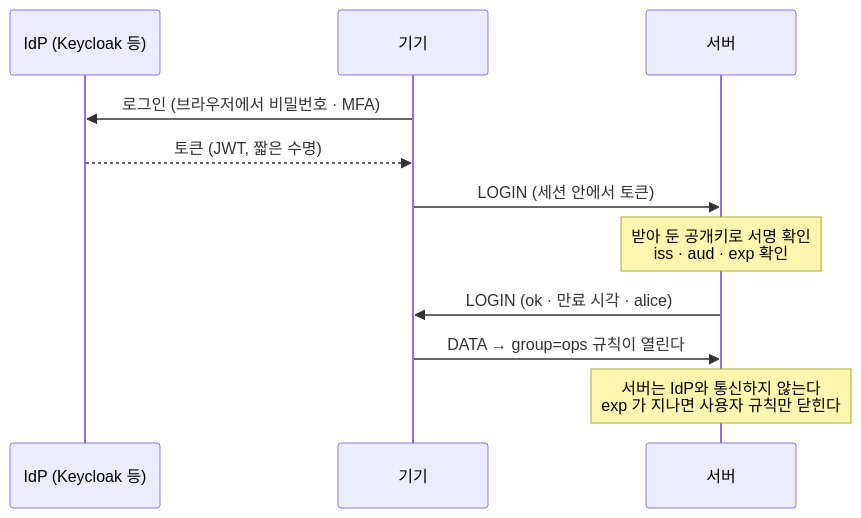
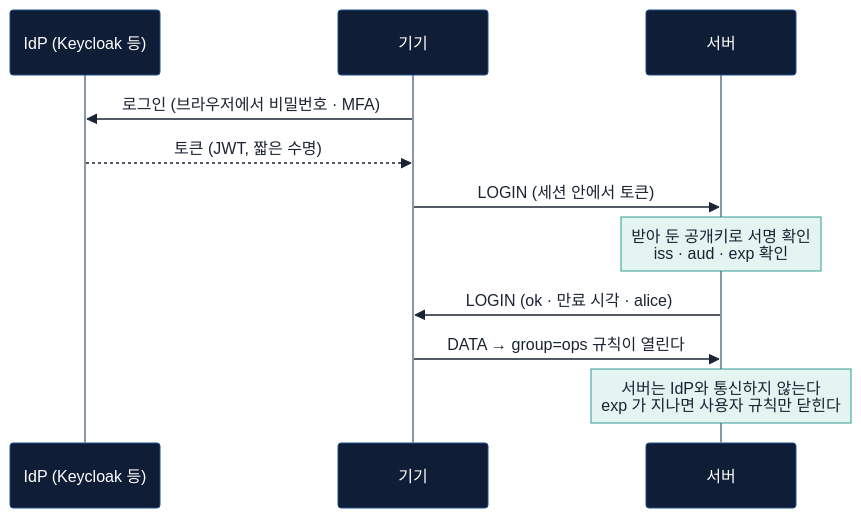
One commit to k1msatgat/ztgate changed the fifth of 6 diagrams in README.md. Above: the diagram before and after it, drawn with Mermaid. The commit also changed other lines of this file and 7 other files, not shown here.

First line of the commit message:
README: 네이비 배너, 구조도 SVG, 화면 절, 같은 색의 배지와 그림

````diff
--- a/README.md
+++ b/README.md
@@ -576,13 +566,14 @@
 ```mermaid
+%%{init: {'theme':'base','themeVariables':{'primaryColor':'#E6EEF8','primaryTextColor':'#1A2333','primaryBorderColor':'#1E4E8C','lineColor':'#5B6678','secondaryColor':'#E3F4F1','tertiaryColor':'#F5F7FA','actorBkg':'#0F1E36','actorTextColor':'#FFFFFF','actorBorder':'#1E4E8C','actorLineColor':'#8A95A8','signalColor':'#1A2333','signalTextColor':'#1A2333','noteBkgColor':'#E3F4F1','noteTextColor':'#1A2333','noteBorderColor':'#2A9D8F','labelBoxBkgColor':'#0F1E36','labelTextColor':'#FFFFFF','activationBkgColor':'#E6EEF8','activationBorderColor':'#1E4E8C','clusterBkg':'#F5F7FA','clusterBorder':'#1E4E8C'}}}%%
 sequenceDiagram
     participant I as IdP (Keycloak 등)
     participant C as 기기
     participant S as 서버
     C->>I: 로그인 (브라우저에서 비밀번호 · MFA)
     I-->>C: 토큰 (JWT, 짧은 수명)
     C->>S: LOGIN (세션 안에서 토큰)
     Note over S: 받아 둔 공개키로 서명 확인<br/>iss · aud · exp 확인
     S->>C: LOGIN (ok · 만료 시각 · alice)
     C->>S: DATA → group=ops 규칙이 열린다
     Note over S: 서버는 IdP와 통신하지 않는다<br/>exp 가 지나면 사용자 규칙만 닫힌다
 ```
````
